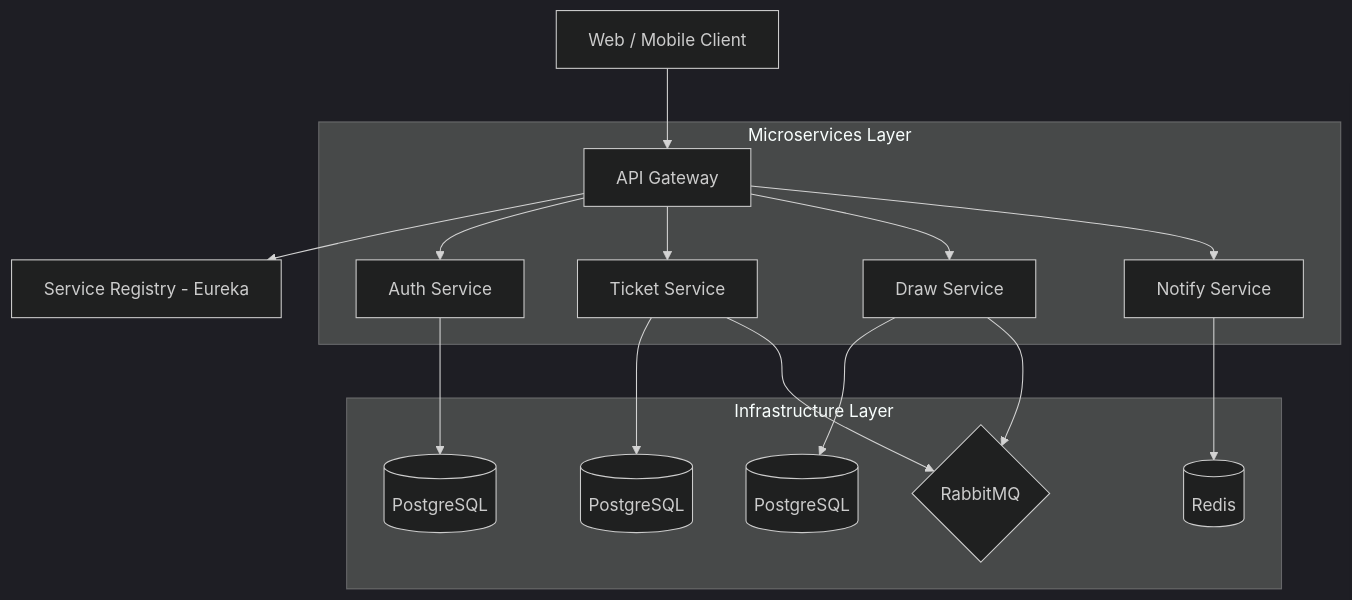
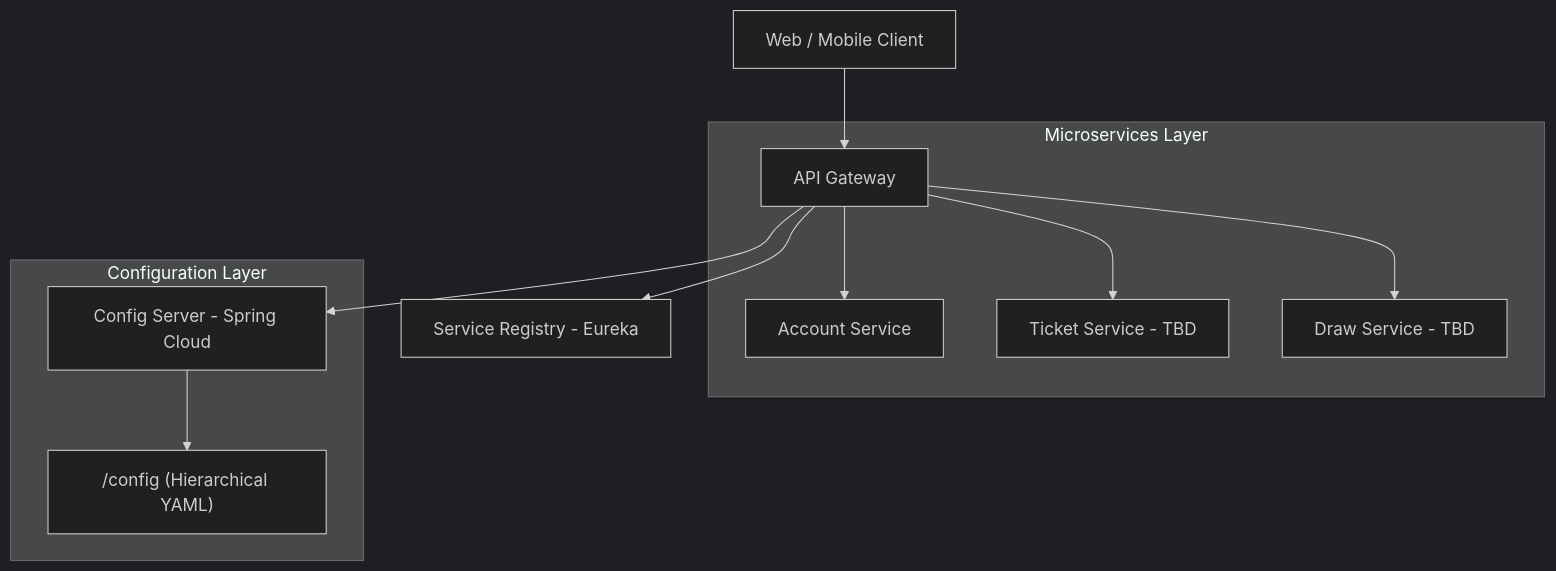
Before and after one commit to kit365/DaiPhat-Lottery: the diagram in README.md, drawn with Mermaid (dark theme). The commit also changed other lines of this file and 39 other files, not shown here.

````diff
--- a/README.md
+++ b/README.md
@@ -27,21 +27,16 @@
 ```mermaid
 graph TD
     Client[Web / Mobile Client] --> Gateway[API Gateway]
     Gateway --> Eureka[Service Registry - Eureka]
+    Gateway --> Config[Config Server - Spring Cloud]
     
     subgraph Microservices Layer
-        Gateway --> Auth[Auth Service]
-        Gateway --> Ticket[Ticket Service]
-        Gateway --> Draw[Draw Service]
-        Gateway --> Notify[Notify Service]
+        Gateway --> Account[Account Service]
+        Gateway --> Ticket[Ticket Service - TBD]
+        Gateway --> Draw[Draw Service - TBD]
     end
     
-    subgraph Infrastructure Layer
-        Auth --> AuthDB[(PostgreSQL)]
-        Ticket --> TicketDB[(PostgreSQL)]
-        Draw --> DrawDB[(PostgreSQL)]
-        Notify --> Redis[(Redis)]
-        Ticket --> RabbitMQ{RabbitMQ}
-        Draw --> RabbitMQ
+    subgraph Configuration Layer
+        Config --> ConfigDir["/config (Hierarchical YAML)"]
     end
 ```
````
